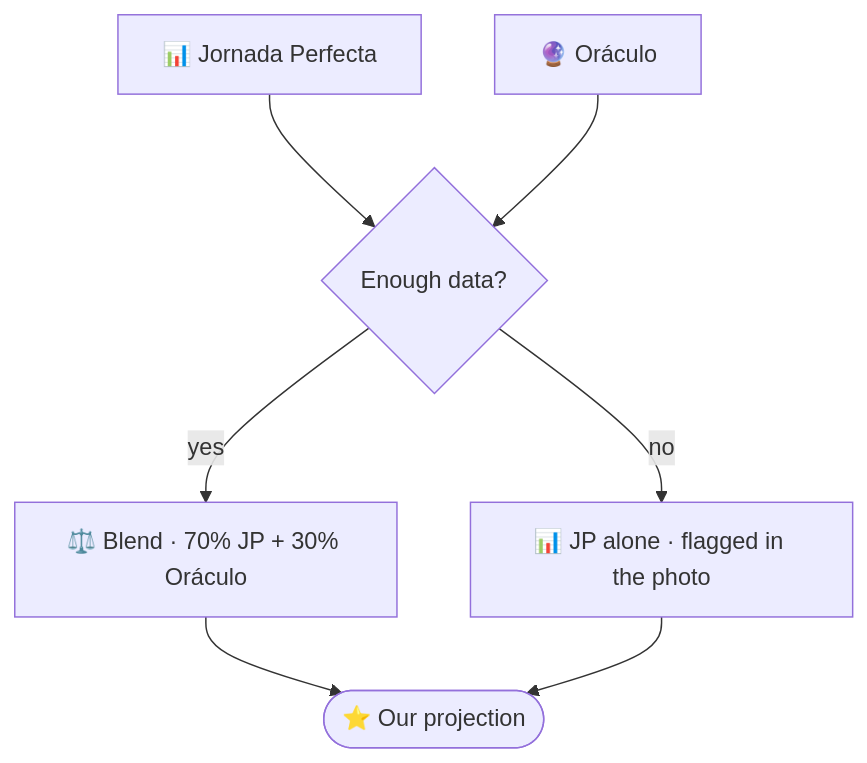
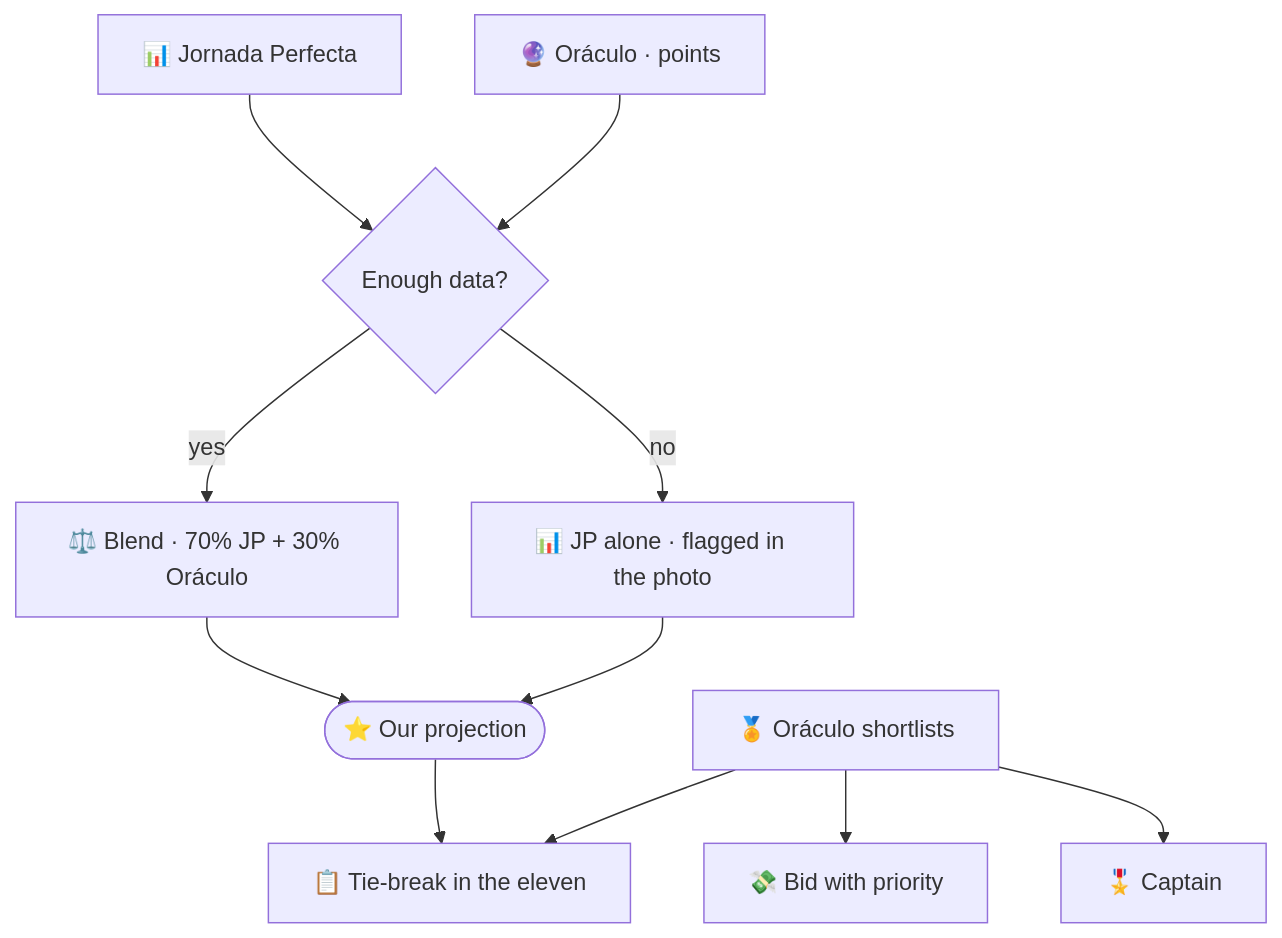
One commit to jorgelillo7/lillorepo changed the diagram in packages/biwenger_tools/README.md. Above: the diagram before and after it, drawn with Mermaid. The commit also changed other lines of this file and 1 other file, not shown here.

````diff
--- a/packages/biwenger_tools/README.md
+++ b/packages/biwenger_tools/README.md
@@ -62,15 +62,23 @@
 ```mermaid
 flowchart TD
     JP["📊 Jornada Perfecta"]
-    OR["🔮 Oráculo"]
+    OR["🔮 Oráculo · points"]
     CHK{"Enough data?"}
     MIX["⚖️ Blend · 70% JP + 30% Oráculo"]
     ONLY["📊 JP alone · flagged in the photo"]
     OUT(["⭐ Our projection"])
+    LST["🏅 Oráculo shortlists"]
+    BID["💸 Bid with priority"]
+    XI["📋 Tie-break in the eleven"]
+    CAP["🎖️ Captain"]
     JP --> CHK
     OR --> CHK
     CHK -->|yes| MIX
     CHK -->|no| ONLY
     MIX --> OUT
     ONLY --> OUT
+    OUT --> XI
+    LST --> BID
+    LST --> XI
+    LST --> CAP
 ```
````
